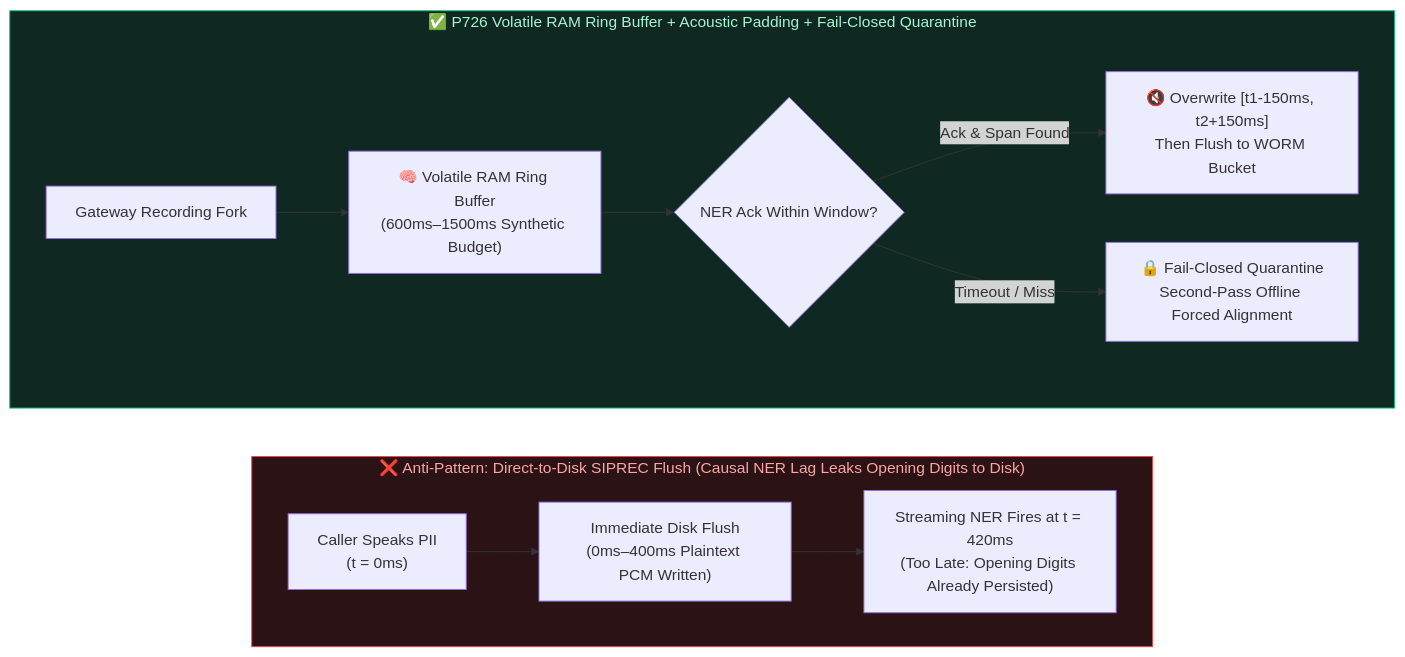
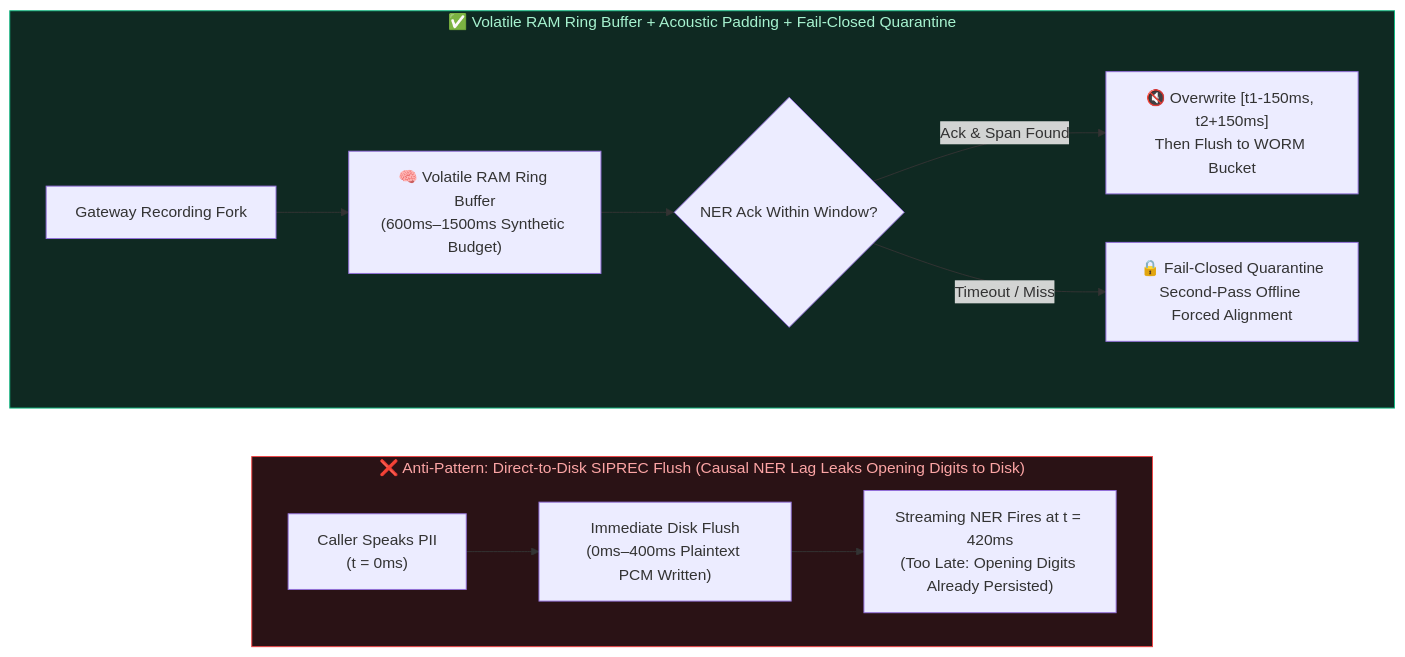
Before and after one commit to turbo998/voice-agent-lab: the second of 3 diagrams in docs/siprec-pii-audio-redaction-faq.en.md, drawn with Mermaid. The commit also changed other lines of this file and 715 other files, not shown here.

````diff
--- a/docs/siprec-pii-audio-redaction-faq.en.md
+++ b/docs/siprec-pii-audio-redaction-faq.en.md
@@ -79,19 +79,19 @@
 ```mermaid
 flowchart LR
-    subgraph NaiveSiprec["❌ Anti-Pattern: Direct-to-Disk SIPREC Flush (Causal NER Lag Leaks Opening Digits to Disk)"]
-        direction LR
-        N1["Caller Speaks PII<br/>(t = 0ms)"] --> N2["Immediate Disk Flush<br/>(0ms–400ms Plaintext PCM Written)"]
-        N2 --> N3["Streaming NER Fires at t = 420ms<br/>(Too Late: Opening Digits Already Persisted)"]
-    end
+ subgraph NaiveSiprec["❌ Anti-Pattern: Direct-to-Disk SIPREC Flush (Causal NER Lag Leaks Opening Digits to Disk)"]
+ direction LR
+ N1["Caller Speaks PII<br/>(t = 0ms)"] --> N2["Immediate Disk Flush<br/>(0ms–400ms Plaintext PCM Written)"]
+ N2 --> N3["Streaming NER Fires at t = 420ms<br/>(Too Late: Opening Digits Already Persisted)"]
+ end
 
-    subgraph GuardedSiprec["✅ P726 Volatile RAM Ring Buffer + Acoustic Padding + Fail-Closed Quarantine"]
-        direction LR
-        G1["Gateway Recording Fork"] --> G2["🧠 Volatile RAM Ring Buffer<br/>(600ms–1500ms Synthetic Budget)"]
-        G2 --> G3{"NER Ack Within Window?"}
-        G3 -- "Ack & Span Found" --> G4["🔇 Overwrite [t1-150ms, t2+150ms]<br/>Then Flush to WORM Bucket"]
-        G3 -- "Timeout / Miss" --> G5["🔒 Fail-Closed Quarantine<br/>Second-Pass Offline Forced Alignment"]
-    end
+ subgraph GuardedSiprec["✅ Volatile RAM Ring Buffer + Acoustic Padding + Fail-Closed Quarantine"]
+ direction LR
+ G1["Gateway Recording Fork"] --> G2["🧠 Volatile RAM Ring Buffer<br/>(600ms–1500ms Synthetic Budget)"]
+ G2 --> G3{"NER Ack Within Window?"}
+ G3 -- "Ack & Span Found" --> G4["🔇 Overwrite [t1-150ms, t2+150ms]<br/>Then Flush to WORM Bucket"]
+ G3 -- "Timeout / Miss" --> G5["🔒 Fail-Closed Quarantine<br/>Second-Pass Offline Forced Alignment"]
+ end
 
-    style NaiveSiprec fill:#2a1215,stroke:#ef4444,color:#fca5a5
-    style GuardedSiprec fill:#0f2922,stroke:#10b981,color:#a7f3d0
+ style NaiveSiprec fill:#2a1215,stroke:#ef4444,color:#fca5a5
+ style GuardedSiprec fill:#0f2922,stroke:#10b981,color:#a7f3d0
 ```
````
